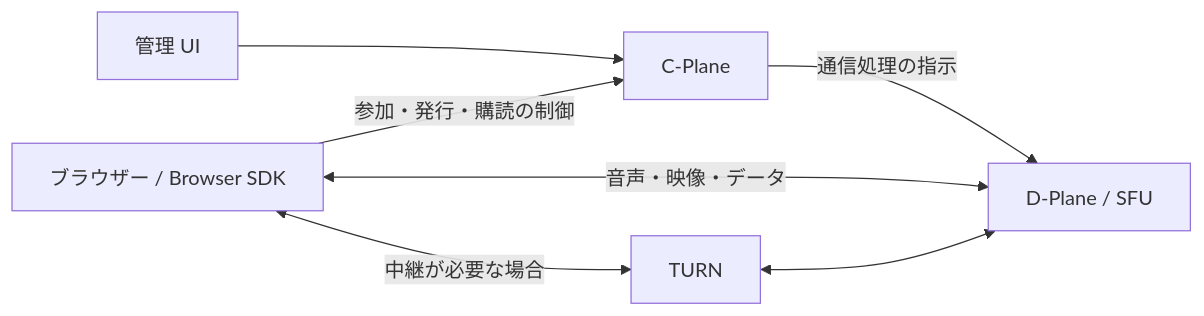
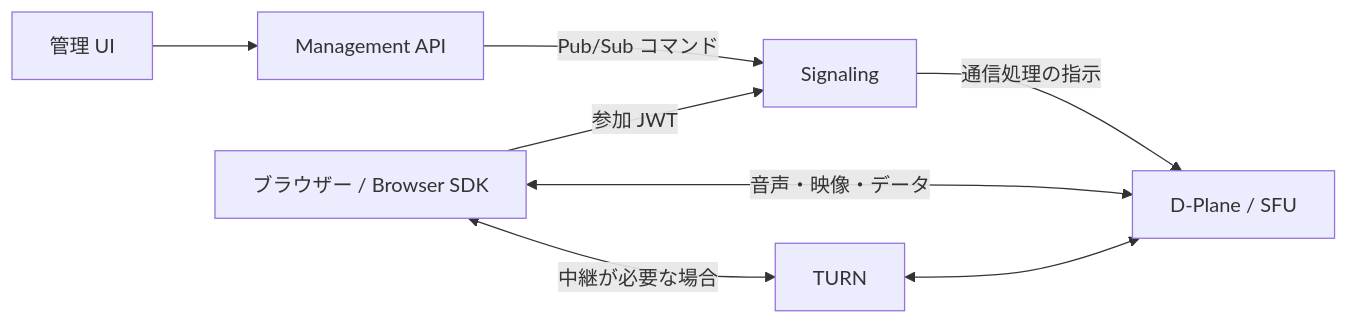
One commit to tr-yasuda/webrtc changed the diagram in docs/platform/overview.md. Above: the diagram before and after it, drawn with Mermaid. The commit also changed other lines of this file and 9 other files, not shown here.

Commit message:
docs(platform): Management サーバーと管理 API の仕様を追加する

````diff
--- a/docs/platform/overview.md
+++ b/docs/platform/overview.md
@@ -101,9 +105,10 @@
 ```mermaid
 flowchart LR
-    UI[管理 UI] --> C[C-Plane]
-    SDK[ブラウザー / Browser SDK] -->|参加・発行・購読の制御| C
-    C -->|通信処理の指示| D[D-Plane / SFU]
+    UI[管理 UI] --> M[Management API]
+    M -->|Pub/Sub コマンド| S[Signaling]
+    SDK[ブラウザー / Browser SDK] -->|参加 JWT| S
+    S -->|通信処理の指示| D[D-Plane / SFU]
     SDK <-->|音声・映像・データ| D
     SDK <-->|中継が必要な場合| T[TURN]
     T <--> D
 ```
````
